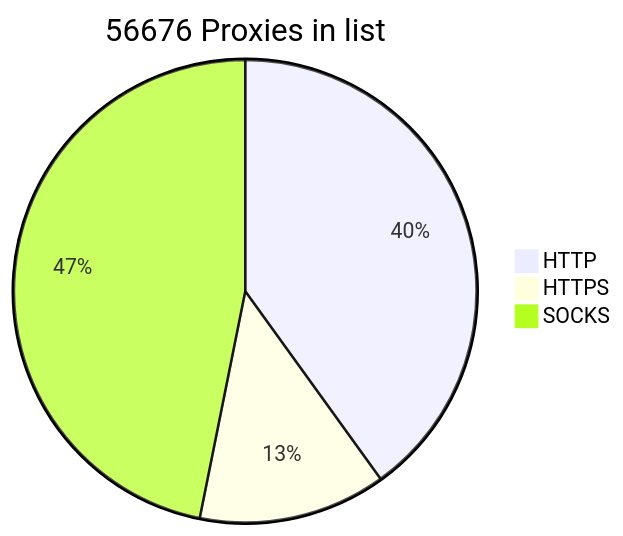
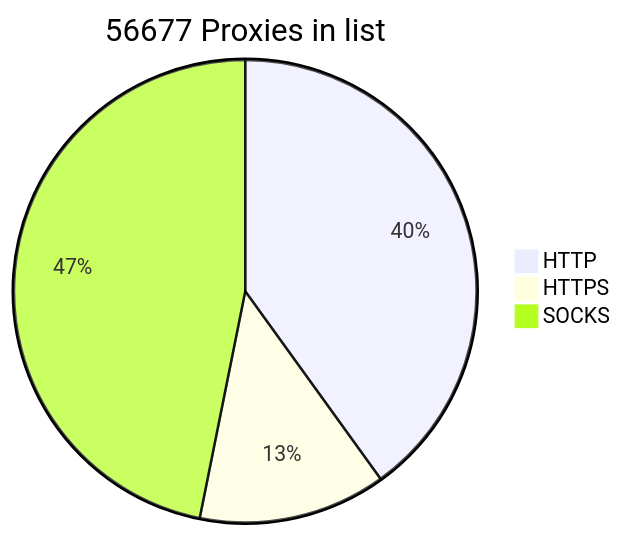
One commit to BlackSnowDot/proxylist-update-every-minute changed the diagram in README.md. Above: the diagram before and after it, drawn with Mermaid.

````diff
--- a/README.md
+++ b/README.md
@@ -2,6 +2,6 @@
 ```mermaid
-pie title 56676 Proxies in list
+pie title 56677 Proxies in list
     "HTTP" : 25516
     "HTTPS": 8342
-    "SOCKS" : 29838
+    "SOCKS" : 29839
 ```
````
